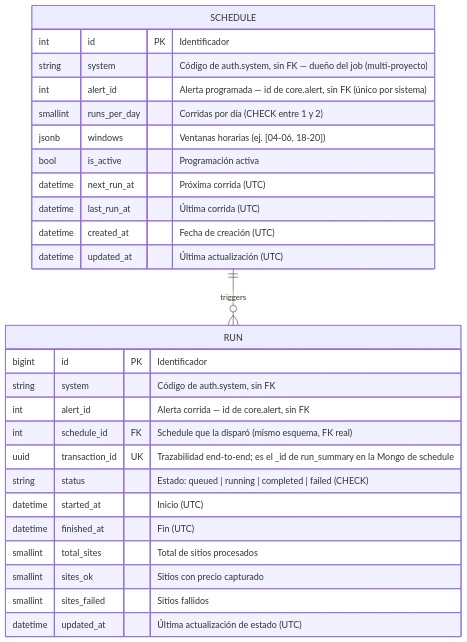
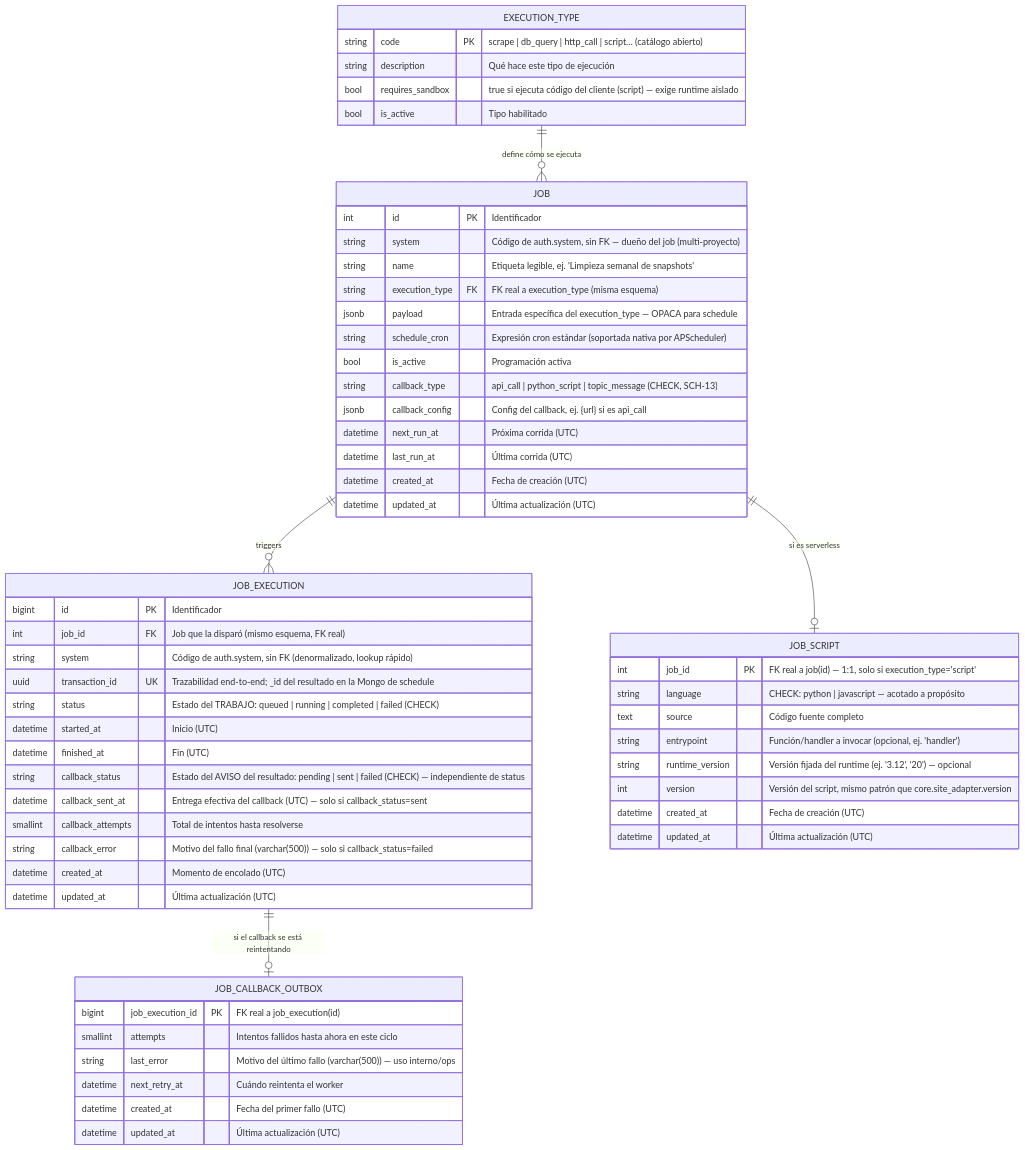
Before and after one commit to vida-I-found-it/architecture: the fourth of 5 diagrams in docs/03-modelo-datos.md, drawn with Mermaid. The commit also changed other lines of this file and 20 other files, not shown here.

````diff
--- a/docs/03-modelo-datos.md
+++ b/docs/03-modelo-datos.md
@@ -244,31 +304,62 @@
 ```mermaid
 erDiagram
-    SCHEDULE ||--o{ RUN : triggers
+    EXECUTION_TYPE ||--o{ JOB : "define cómo se ejecuta"
+    JOB ||--o{ JOB_EXECUTION : triggers
+    JOB ||--o| JOB_SCRIPT : "si es serverless"
+    JOB_EXECUTION ||--o| JOB_CALLBACK_OUTBOX : "si el callback se está reintentando"
 
-    SCHEDULE {
+    EXECUTION_TYPE {
+        string code PK "scrape | db_query | http_call | script… (catálogo abierto)"
+        string description "Qué hace este tipo de ejecución"
+        bool requires_sandbox "true si ejecuta código del cliente (script) — exige runtime aislado"
+        bool is_active "Tipo habilitado"
+    }
+    JOB {
         int id PK "Identificador"
         string system "Código de auth.system, sin FK — dueño del job (multi-proyecto)"
-        int alert_id "Alerta programada — id de core.alert, sin FK (único por sistema)"
-        smallint runs_per_day "Corridas por día (CHECK entre 1 y 2)"
-        jsonb windows "Ventanas horarias (ej. [04-06, 18-20])"
+        string name "Etiqueta legible, ej. 'Limpieza semanal de snapshots'"
+        string execution_type FK "FK real a execution_type (misma esquema)"
+        jsonb payload "Entrada específica del execution_type — OPACA para schedule"
+        string schedule_cron "Expresión cron estándar (soportada nativa por APScheduler)"
         bool is_active "Programación activa"
+        string callback_type "api_call | python_script | topic_message (CHECK, SCH-13)"
+        jsonb callback_config "Config del callback, ej. {url} si es api_call"
         datetime next_run_at "Próxima corrida (UTC)"
         datetime last_run_at "Última corrida (UTC)"
         datetime created_at "Fecha de creación (UTC)"
         datetime updated_at "Última actualización (UTC)"
     }
-    RUN {
+    JOB_SCRIPT {
+        int job_id PK "FK real a job(id) — 1:1, solo si execution_type='script'"
+        string language "CHECK: python | javascript — acotado a propósito"
+        text source "Código fuente completo"
+        string entrypoint "Función/handler a invocar (opcional, ej. 'handler')"
+        string runtime_version "Versión fijada del runtime (ej. '3.12', '20') — opcional"
+        int version "Versión del script, mismo patrón que core.site_adapter.version"
+        datetime created_at "Fecha de creación (UTC)"
+        datetime updated_at "Última actualización (UTC)"
+    }
+    JOB_EXECUTION {
         bigint id PK "Identificador"
-        string system "Código de auth.system, sin FK"
-        int alert_id "Alerta corrida — id de core.alert, sin FK"
-        int schedule_id FK "Schedule que la disparó (mismo esquema, FK real)"
-        uuid transaction_id UK "Trazabilidad end-to-end; es el _id de run_summary en la Mongo de schedule"
-        string status "Estado: queued | running | completed | failed (CHECK)"
+        int job_id FK "Job que la disparó (mismo esquema, FK real)"
+        string system "Código de auth.system, sin FK (denormalizado, lookup rápido)"
+        uuid transaction_id UK "Trazabilidad end-to-end; _id del resultado en la Mongo de schedule"
+        string status "Estado del TRABAJO: queued | running | completed | failed (CHECK)"
         datetime started_at "Inicio (UTC)"
         datetime finished_at "Fin (UTC)"
-        smallint total_sites "Total de sitios procesados"
-        smallint sites_ok "Sitios con precio capturado"
-        smallint sites_failed "Sitios fallidos"
-        datetime updated_at "Última actualización de estado (UTC)"
+        string callback_status "Estado del AVISO del resultado: pending | sent | failed (CHECK) — independiente de status"
+        datetime callback_sent_at "Entrega efectiva del callback (UTC) — solo si callback_status=sent"
+        smallint callback_attempts "Total de intentos hasta resolverse"
+        string callback_error "Motivo del fallo final (varchar(500)) — solo si callback_status=failed"
+        datetime created_at "Momento de encolado (UTC)"
+        datetime updated_at "Última actualización (UTC)"
+    }
+    JOB_CALLBACK_OUTBOX {
+        bigint job_execution_id PK "FK real a job_execution(id)"
+        smallint attempts "Intentos fallidos hasta ahora en este ciclo"
+        string last_error "Motivo del último fallo (varchar(500)) — uso interno/ops"
+        datetime next_retry_at "Cuándo reintenta el worker"
+        datetime created_at "Fecha del primer fallo (UTC)"
+        datetime updated_at "Última actualización (UTC)"
     }
 ```
````
